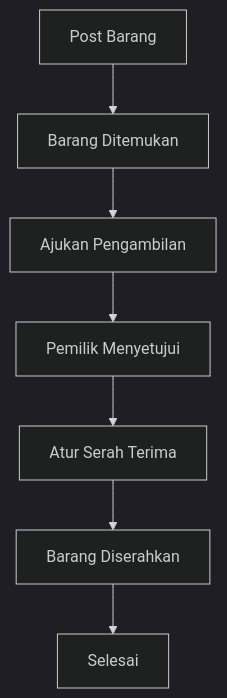
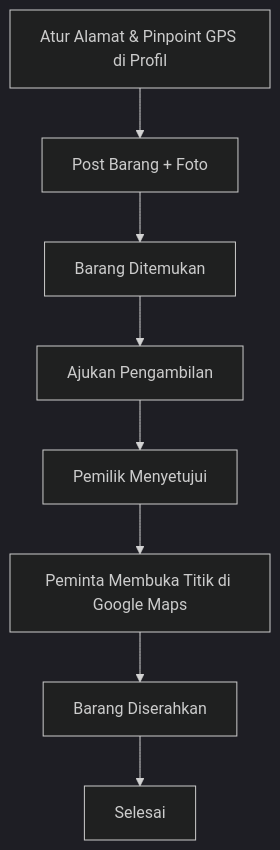
One commit to hyxtra/PakaiLagi changed the first of 2 diagrams in README.md. Above: the diagram before and after it, drawn with Mermaid (dark theme). The commit also changed other lines of this file and 45 other files, not shown here.

````diff
--- a/README.md
+++ b/README.md
@@ -40,9 +41,10 @@
 ```mermaid
 flowchart TD
-    A[Post Barang] --> B[Barang Ditemukan]
-    B --> C[Ajukan Pengambilan]
-    C --> D[Pemilik Menyetujui]
-    D --> E[Atur Serah Terima]
-    E --> F[Barang Diserahkan]
-    F --> G[Selesai]
+    A[Atur Alamat & Pinpoint GPS di Profil] --> B[Post Barang + Foto]
+    B --> C[Barang Ditemukan]
+    C --> D[Ajukan Pengambilan]
+    D --> E[Pemilik Menyetujui]
+    E --> F[Peminta Membuka Titik di Google Maps]
+    F --> G[Barang Diserahkan]
+    G --> H[Selesai]
 ```
````
